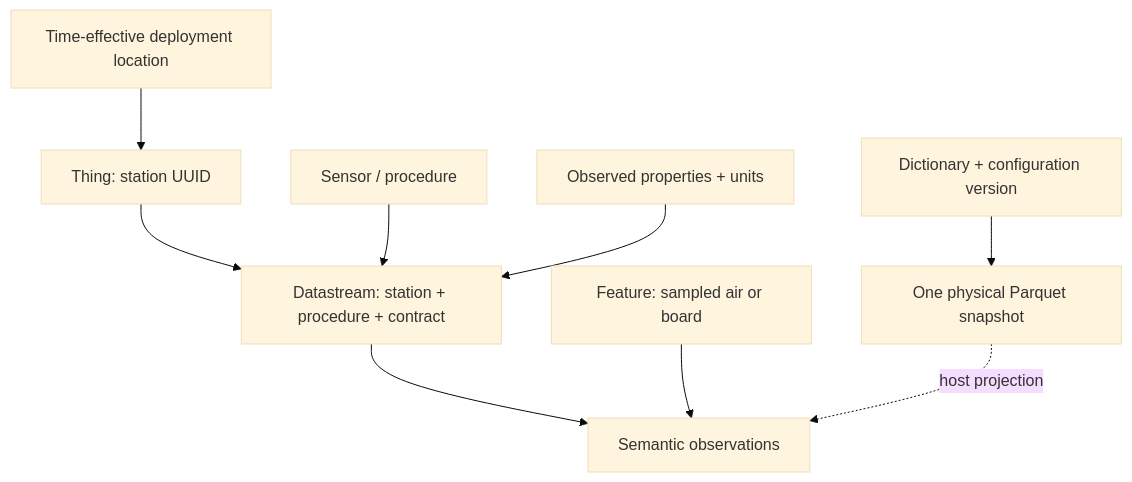
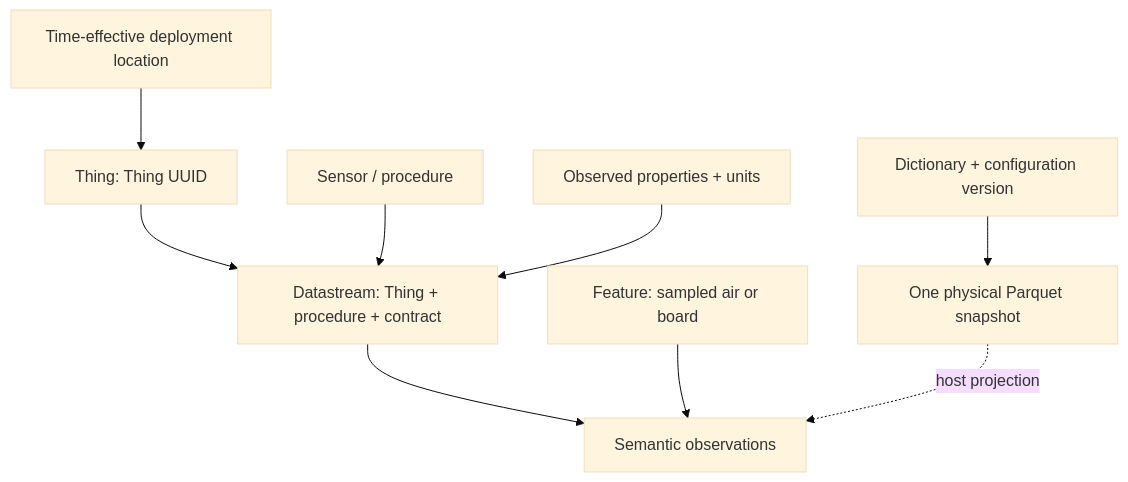
One commit to walkthru-earth/aq-parquet changed the second of 3 diagrams in docs/shared/table-and-observation-model.md. Above: the diagram before and after it, drawn with Mermaid (base theme). The commit also changed other lines of this file and 26 other files, not shown here.

````diff
--- a/docs/shared/table-and-observation-model.md
+++ b/docs/shared/table-and-observation-model.md
@@ -105,11 +111,11 @@
 ```mermaid
 flowchart TD
-    T[Thing: station UUID] --> DS[Datastream: station + procedure + contract]
+    T[Thing: Thing UUID] --> DS[Datastream: Thing + procedure + contract]
     S[Sensor / procedure] --> DS
     OP[Observed properties + units] --> DS
     DS --> OB[Semantic observations]
     F[Feature: sampled air or board] --> OB
     L[Time-effective deployment location] --> T
     R[One physical Parquet snapshot] -. host projection .-> OB
     V[Dictionary + configuration version] --> R
 ```
````
